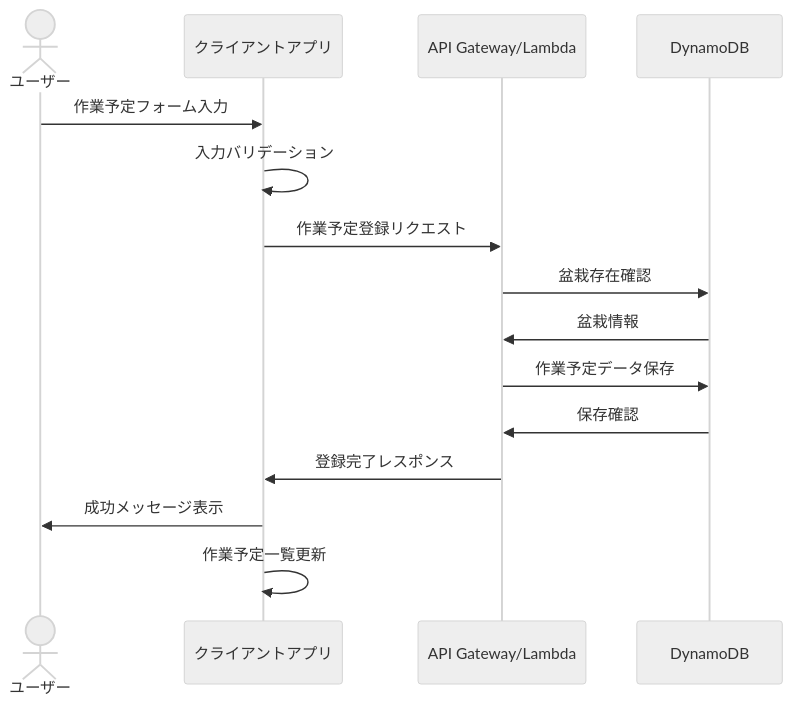
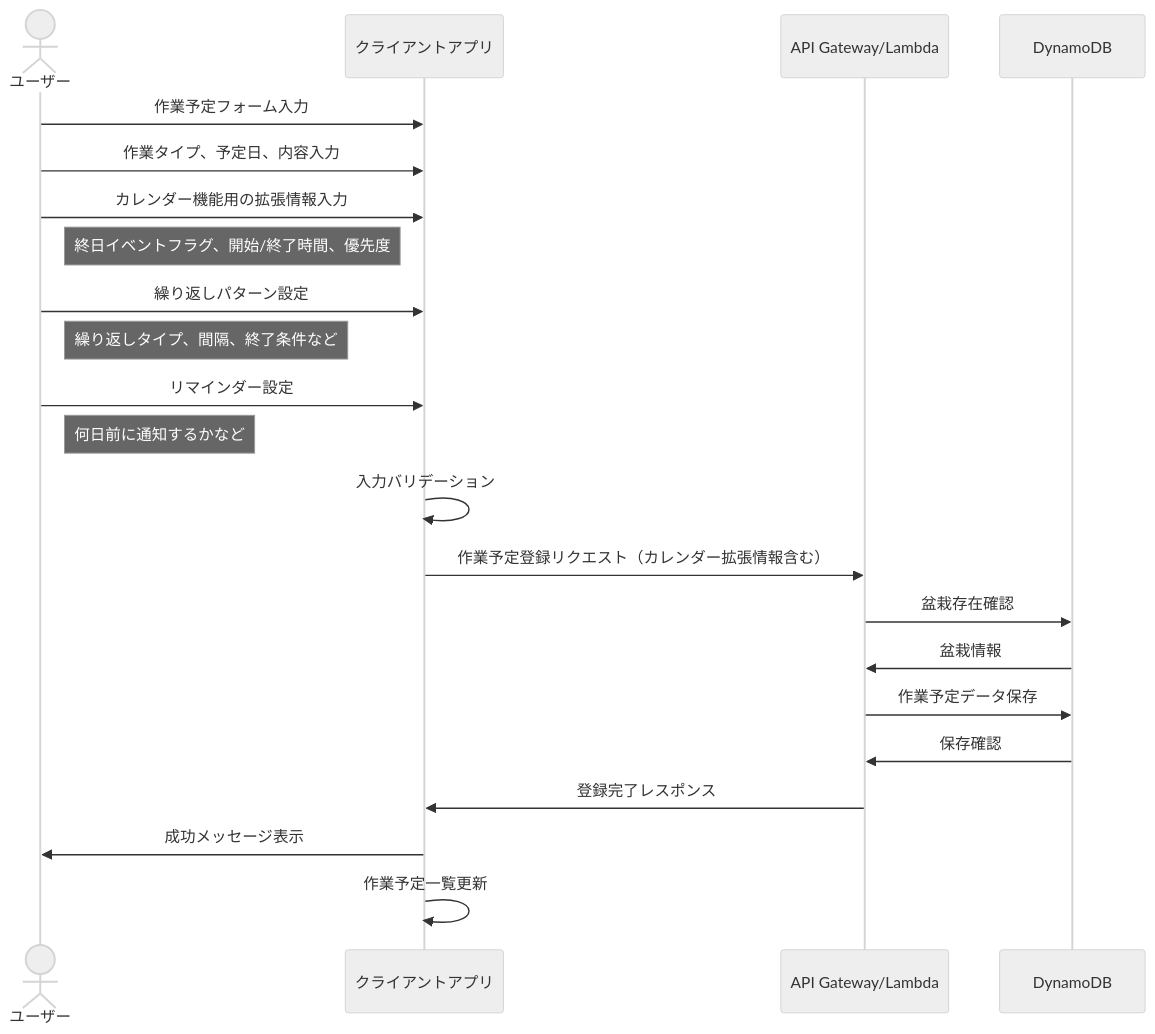
The ninth of 10 diagrams in docs/design/process-flow.md (masanori-sasaki/bonsai-app), drawn with Mermaid (neutral theme) before and after one commit. The commit also changed other lines of this file and 44 other files, not shown here.

````diff
--- a/docs/design/process-flow.md
+++ b/docs/design/process-flow.md
@@ -267,18 +270,25 @@
 ```mermaid
 sequenceDiagram
     actor User as ユーザー
     participant Client as クライアントアプリ
     participant API as API Gateway/Lambda
     participant DynamoDB as DynamoDB
 
     User->>Client: 作業予定フォーム入力
+    User->>Client: 作業タイプ、予定日、内容入力
+    User->>Client: カレンダー機能用の拡張情報入力
+    note right of User: 終日イベントフラグ、開始/終了時間、優先度
+    User->>Client: 繰り返しパターン設定
+    note right of User: 繰り返しタイプ、間隔、終了条件など
+    User->>Client: リマインダー設定
+    note right of User: 何日前に通知するかなど
     Client->>Client: 入力バリデーション
-    Client->>API: 作業予定登録リクエスト
+    Client->>API: 作業予定登録リクエスト（カレンダー拡張情報含む）
     API->>DynamoDB: 盆栽存在確認
     DynamoDB->>API: 盆栽情報
     API->>DynamoDB: 作業予定データ保存
     DynamoDB->>API: 保存確認
     API->>Client: 登録完了レスポンス
     Client->>User: 成功メッセージ表示
     Client->>Client: 作業予定一覧更新
 ```
````
